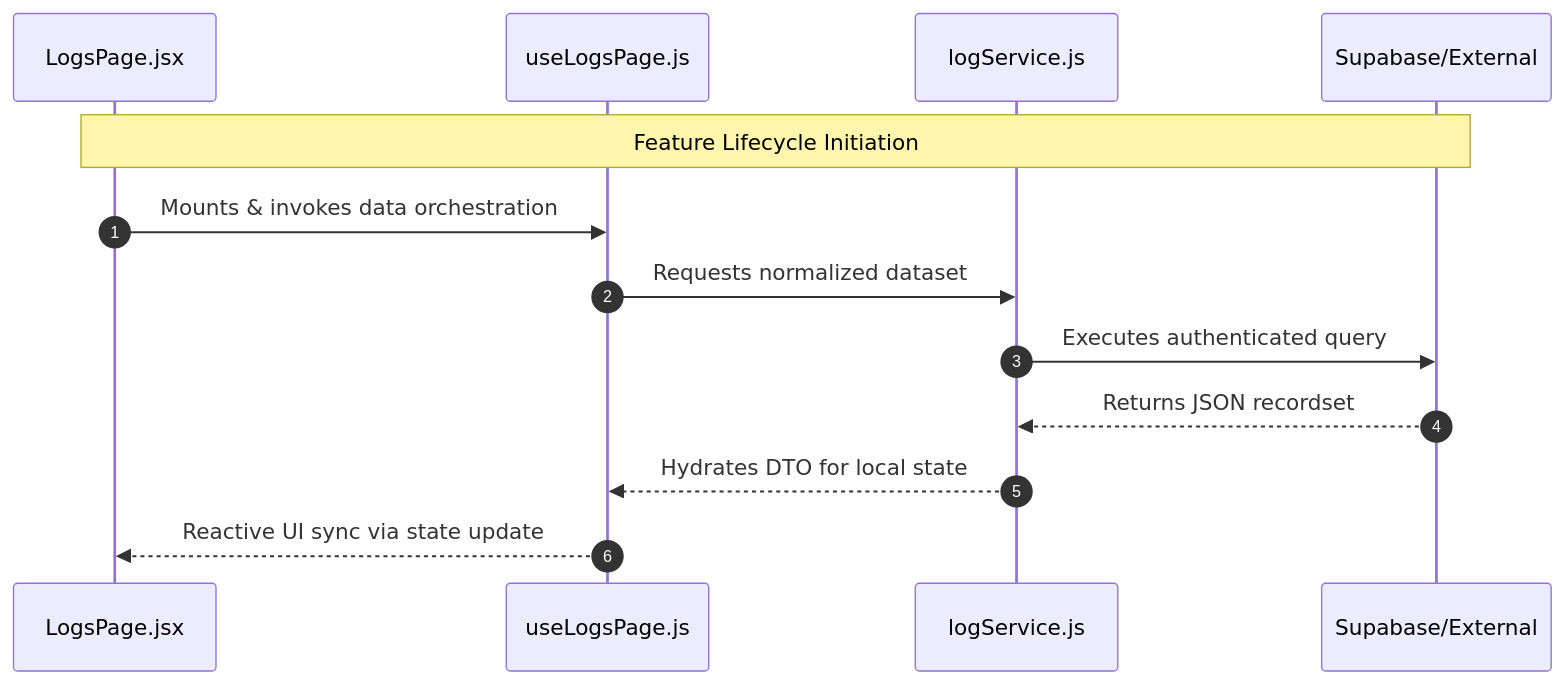
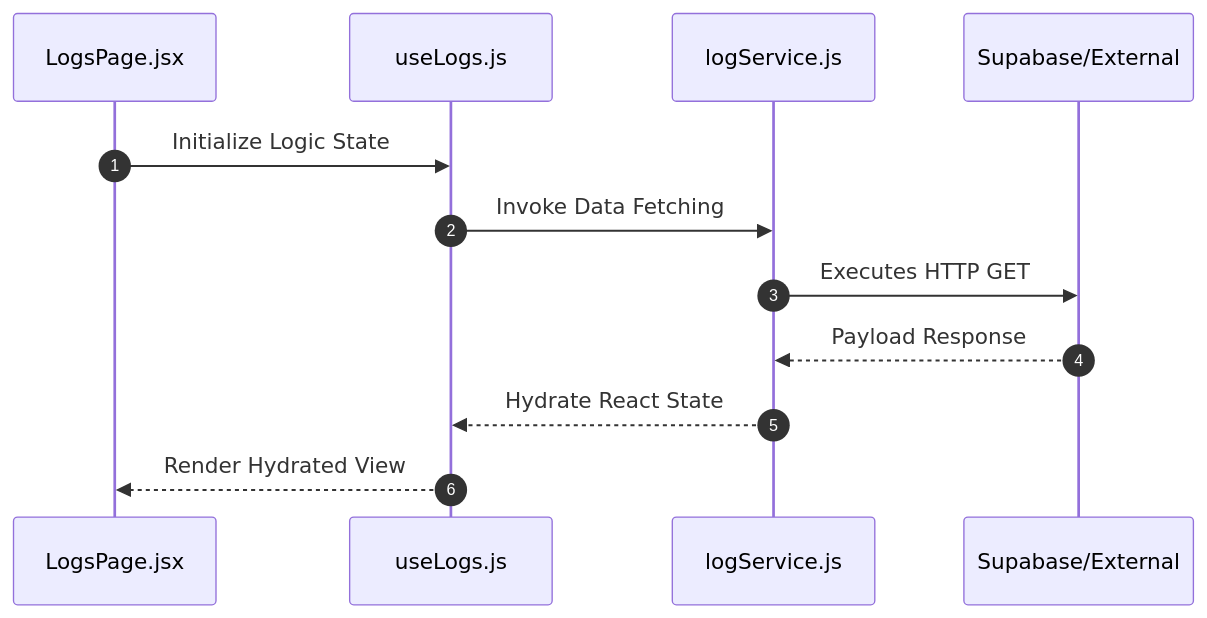
One commit to nexowebai/nexo-superadmin changed the second of 2 diagrams in src/features/logs/README.md. Above: the diagram before and after it, drawn with Mermaid. The commit also changed other lines of this file and 15 other files, not shown here.

````diff
--- a/src/features/logs/README.md
+++ b/src/features/logs/README.md
@@ -16,16 +37,15 @@
 ```mermaid
 sequenceDiagram
-    autonumber
+autonumber
     participant P as LogsPage.jsx
-    participant H as useLogsPage.js
+    participant H as useLogs.js
     participant S as logService.js
     participant API as Supabase/External
 
-    Note over P,API: Feature Lifecycle Initiation
-    P->>H: Mounts & invokes data orchestration
-    H->>S: Requests normalized dataset
-    S->>API: Executes authenticated query
-    API-->>S: Returns JSON recordset
-    S-->>H: Hydrates DTO for local state
-    H-->>P: Reactive UI sync via state update
+    P->>H: Initialize Logic State
+    H->>S: Invoke Data Fetching
+    S->>API: Executes HTTP GET
+    API-->>S: Payload Response
+    S-->>H: Hydrate React State
+    H-->>P: Render Hydrated View
 ```
````
